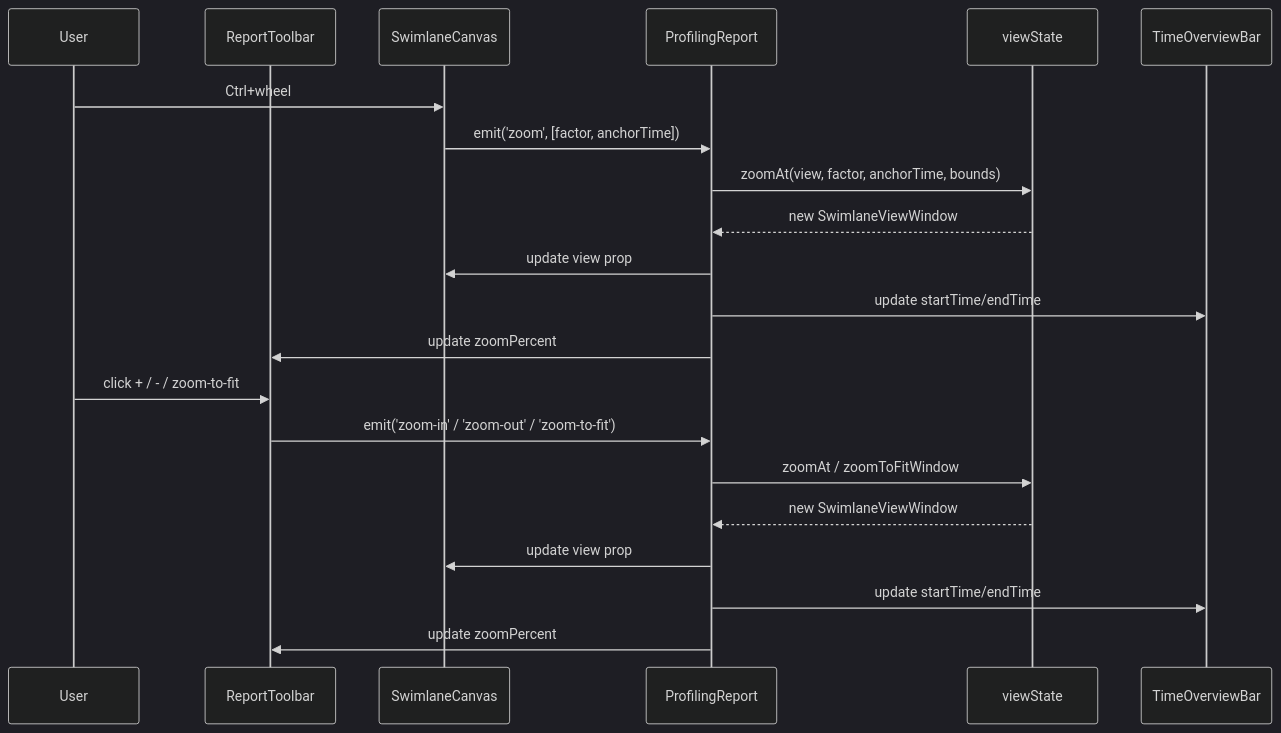
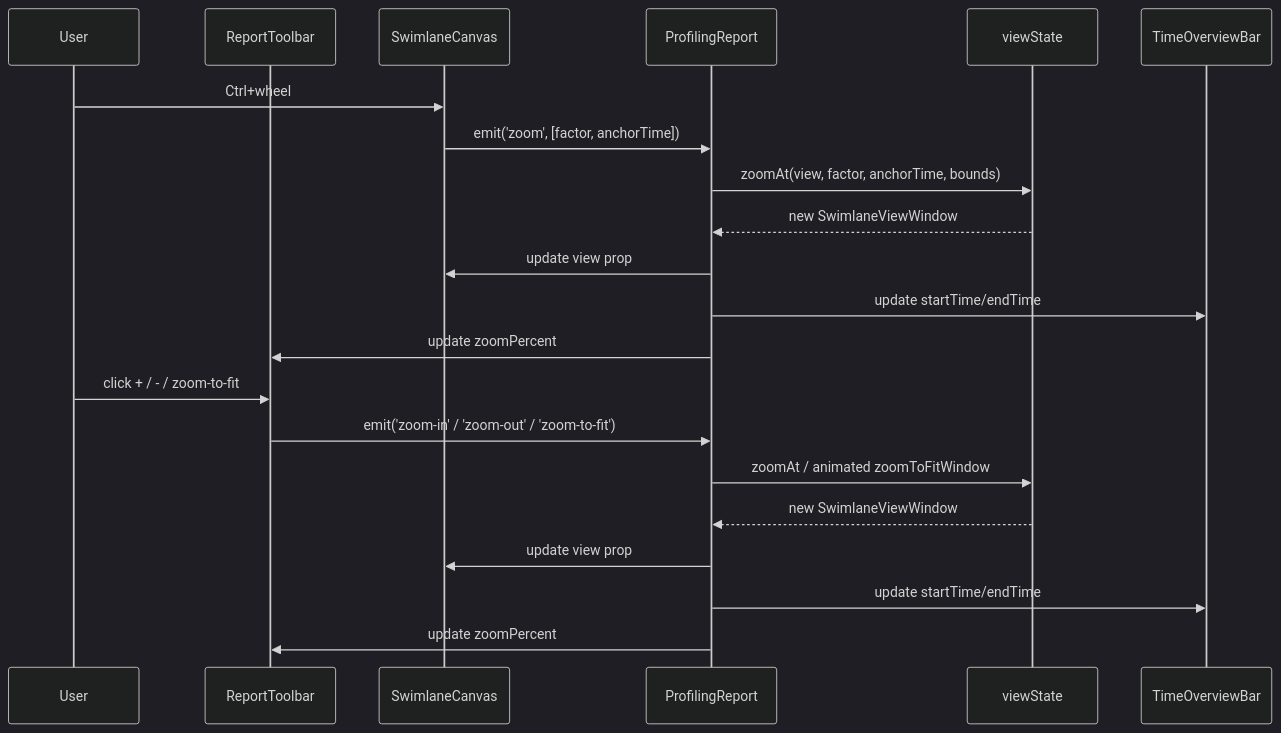
The first of 5 diagrams in src/ui/ProfilingReport/ProfilingReport.spec.md (IdeFrontend/profiling-report), drawn with Mermaid (dark theme) before and after one commit. The commit also changed other lines of this file and 2 other files, not shown here.

Commit message:
Animate toolbar zoom-to-fit with the same view-edge easing
Reuse the Δt focus tween so reset zoom eases to the full trace instead of jumping.

````diff
--- a/src/ui/ProfilingReport/ProfilingReport.spec.md
+++ b/src/ui/ProfilingReport/ProfilingReport.spec.md
@@ -21,24 +21,24 @@
 ```mermaid
 sequenceDiagram
     participant User
     participant Toolbar as ReportToolbar
     participant Canvas as SwimlaneCanvas
     participant Root as ProfilingReport
     participant State as viewState
 
     User->>Canvas: Ctrl+wheel
     Canvas->>Root: emit('zoom', [factor, anchorTime])
     Root->>State: zoomAt(view, factor, anchorTime, bounds)
     State-->>Root: new SwimlaneViewWindow
     Root->>Canvas: update view prop
     Root->>TimeOverviewBar: update startTime/endTime
     Root->>Toolbar: update zoomPercent
 
     User->>Toolbar: click + / - / zoom-to-fit
     Toolbar->>Root: emit('zoom-in' / 'zoom-out' / 'zoom-to-fit')
-    Root->>State: zoomAt / zoomToFitWindow
+    Root->>State: zoomAt / animated zoomToFitWindow
     State-->>Root: new SwimlaneViewWindow
     Root->>Canvas: update view prop
     Root->>TimeOverviewBar: update startTime/endTime
     Root->>Toolbar: update zoomPercent
 ```
````
